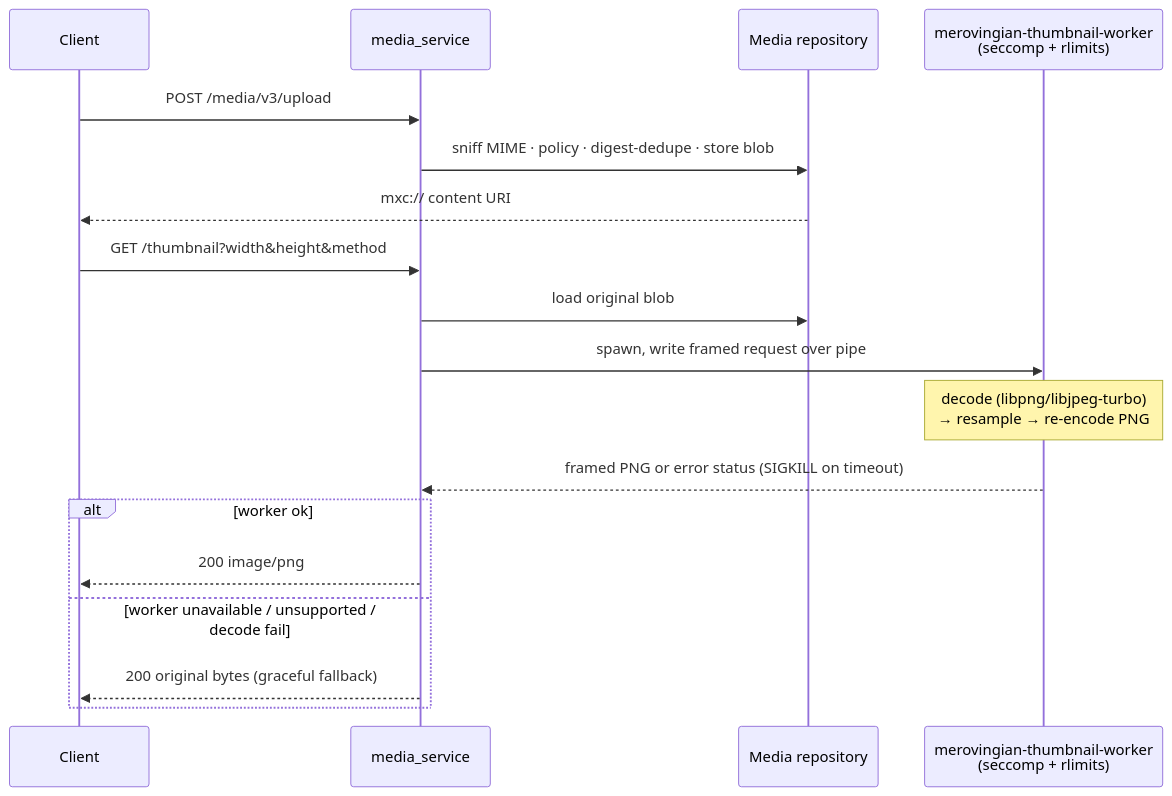
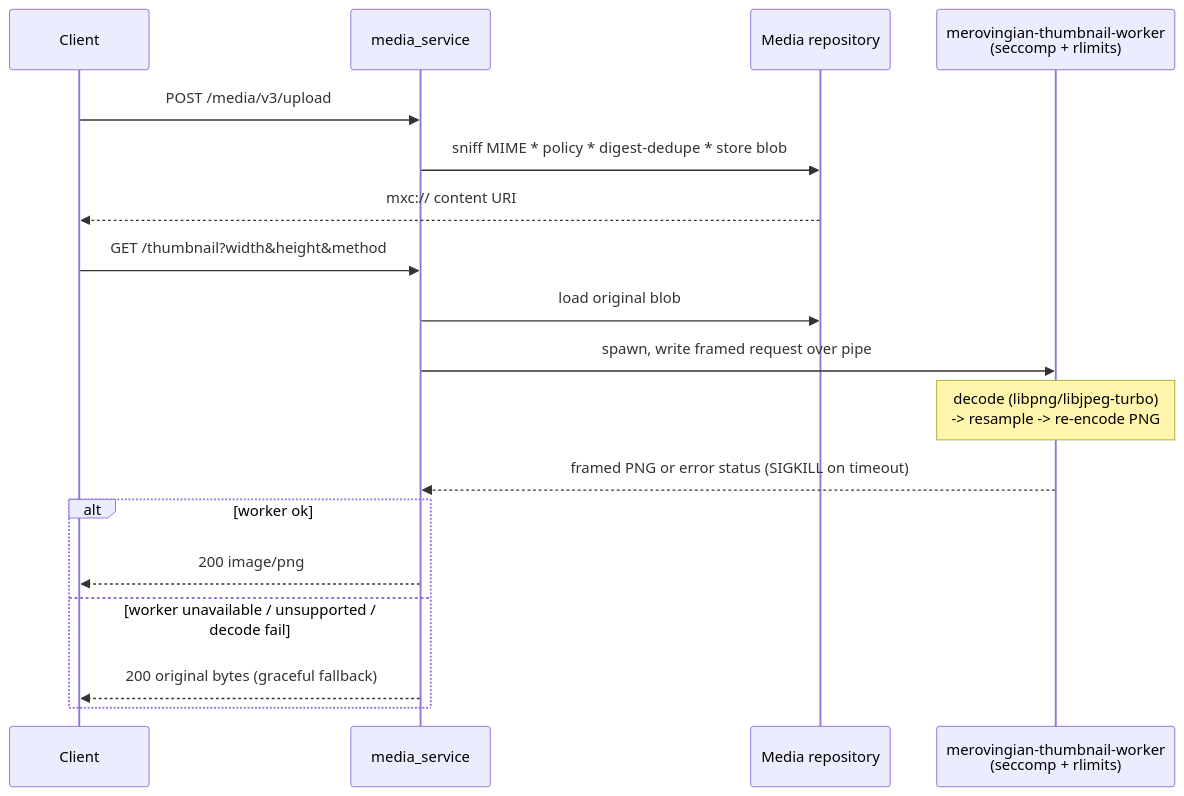
The sixth of 6 diagrams in docs/architecture.md (OMG-Software/Merovingian), drawn with Mermaid before and after one commit. The commit also changed other lines of this file and 1 other file, not shown here.

Commit message:
docs: update architecture overview (#356)

````diff
--- a/docs/architecture.md
+++ b/docs/architecture.md
@@ -251,21 +263,21 @@
 ```mermaid
 sequenceDiagram
     participant C as Client
     participant M as media_service
     participant R as Media repository
     participant W as merovingian-thumbnail-worker<br/>(seccomp + rlimits)
 
     C->>M: POST /media/v3/upload
-    M->>R: sniff MIME · policy · digest-dedupe · store blob
+    M->>R: sniff MIME * policy * digest-dedupe * store blob
     R-->>C: mxc:// content URI
     C->>M: GET /thumbnail?width&height&method
     M->>R: load original blob
     M->>W: spawn, write framed request over pipe
-    Note over W: decode (libpng/libjpeg-turbo)<br/>→ resample → re-encode PNG
+    Note over W: decode (libpng/libjpeg-turbo)<br/>-> resample -> re-encode PNG
     W-->>M: framed PNG or error status (SIGKILL on timeout)
     alt worker ok
         M-->>C: 200 image/png
     else worker unavailable / unsupported / decode fail
         M-->>C: 200 original bytes (graceful fallback)
     end
 ```
````
